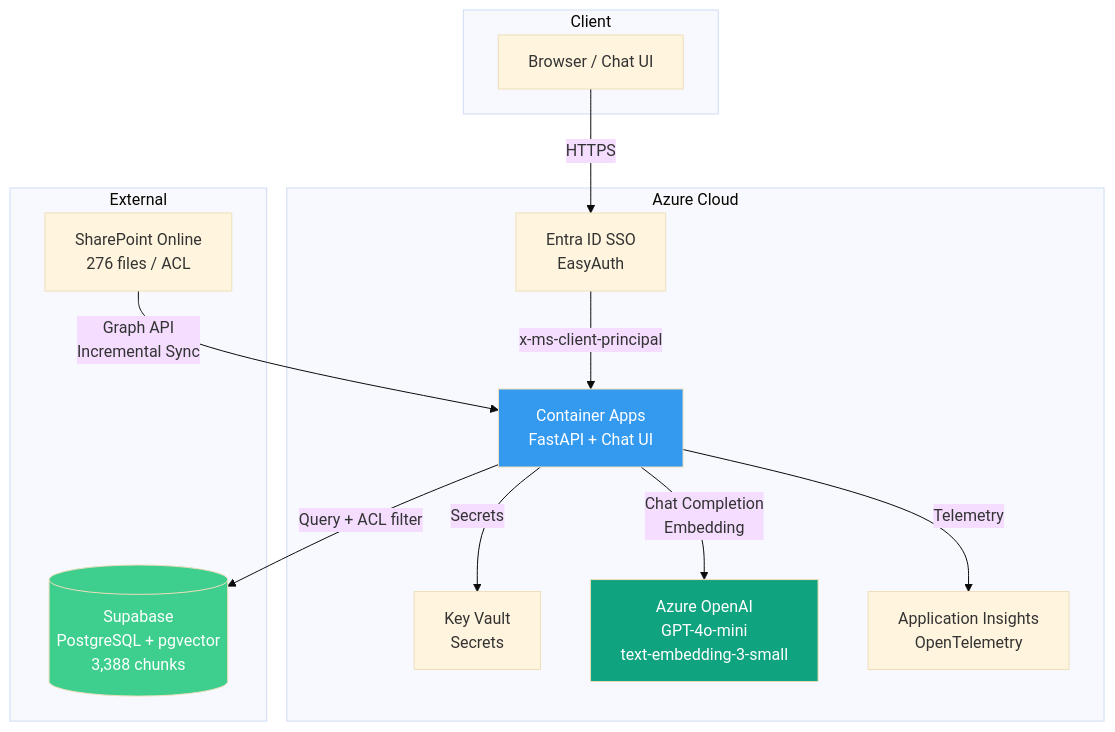
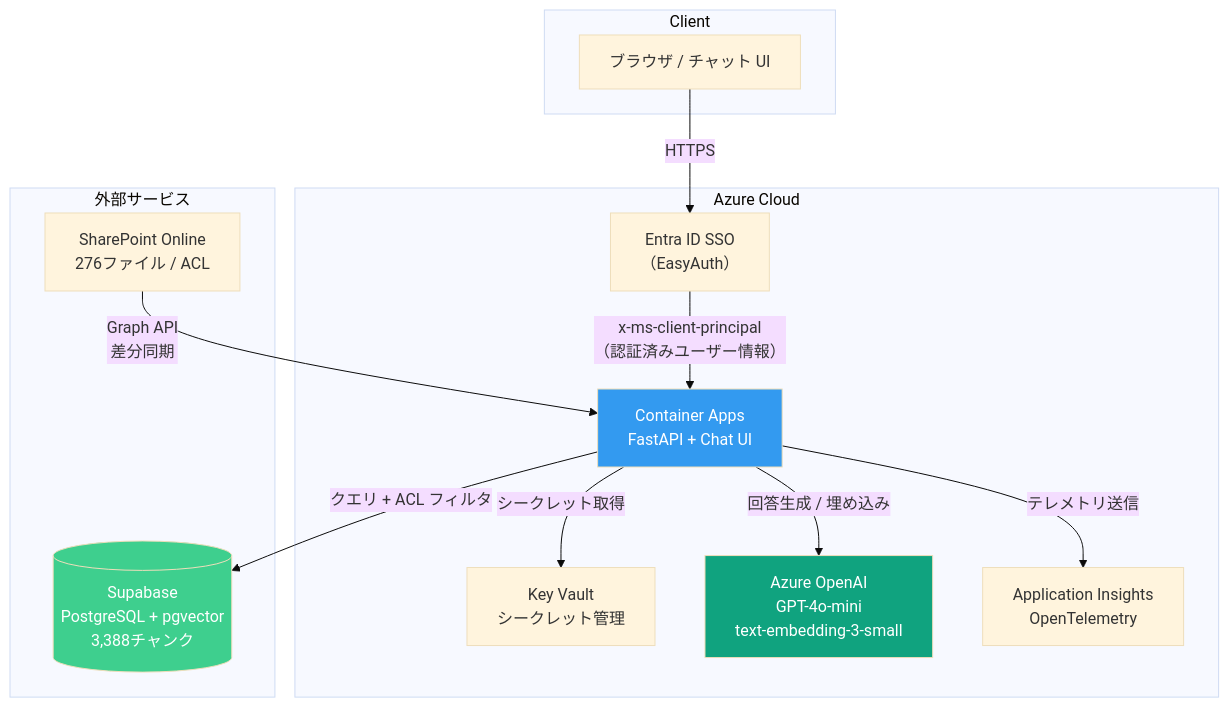
Before and after one commit to delight-ihara/sharepoint-rag-lite: the first of 2 diagrams in README.md, drawn with Mermaid (base theme). The commit also changed other lines of this file, not shown here.

````diff
--- a/README.md
+++ b/README.md
@@ -16,31 +60,31 @@
 ```mermaid
 graph TB
     subgraph Client
-        Browser[Browser / Chat UI]
+        Browser["ブラウザ / チャット UI"]
     end
 
     subgraph Azure["Azure Cloud"]
-        EasyAuth[Entra ID SSO<br/>EasyAuth]
-        CA[Container Apps<br/>FastAPI + Chat UI]
-        KV[Key Vault<br/>Secrets]
-        OAI[Azure OpenAI<br/>GPT-4o-mini<br/>text-embedding-3-small]
-        AppInsights[Application Insights<br/>OpenTelemetry]
+        EasyAuth["Entra ID SSO<br/>（EasyAuth）"]
+        CA["Container Apps<br/>FastAPI + Chat UI"]
+        KV["Key Vault<br/>シークレット管理"]
+        OAI["Azure OpenAI<br/>GPT-4o-mini<br/>text-embedding-3-small"]
+        AppInsights["Application Insights<br/>OpenTelemetry"]
     end
 
-    subgraph External
-        SP[SharePoint Online<br/>276 files / ACL]
-        Supabase[(Supabase<br/>PostgreSQL + pgvector<br/>3,388 chunks)]
+    subgraph External["外部サービス"]
+        SP["SharePoint Online<br/>276ファイル / ACL"]
+        Supabase[("Supabase<br/>PostgreSQL + pgvector<br/>3,388チャンク")]
     end
 
     Browser -->|HTTPS| EasyAuth
-    EasyAuth -->|x-ms-client-principal| CA
-    CA -->|Query + ACL filter| Supabase
-    CA -->|Chat Completion<br/>Embedding| OAI
-    CA -->|Secrets| KV
-    CA -->|Telemetry| AppInsights
-    SP -->|Graph API<br/>Incremental Sync| CA
+    EasyAuth -->|"x-ms-client-principal<br/>（認証済みユーザー情報）"| CA
+    CA -->|"クエリ + ACL フィルタ"| Supabase
+    CA -->|"回答生成 / 埋め込み"| OAI
+    CA -->|シークレット取得| KV
+    CA -->|テレメトリ送信| AppInsights
+    SP -->|"Graph API<br/>差分同期"| CA
 
     style CA fill:#339af0,color:#fff
     style Supabase fill:#3ecf8e,color:#fff
     style OAI fill:#10a37f,color:#fff
 ```
````
